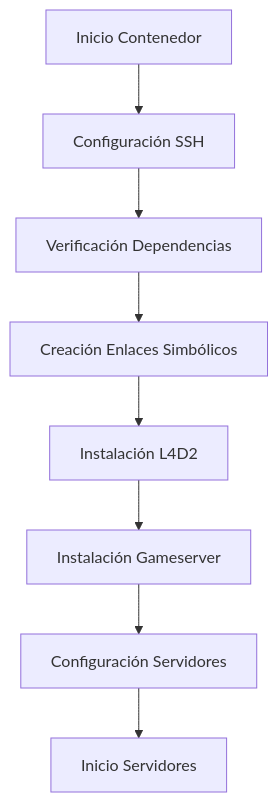
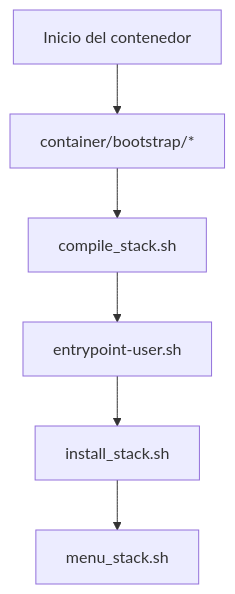
Before and after one commit to AoC-Gamers/Docker-L4D2-Competitive: the diagram in docs/README.md, drawn with Mermaid. The commit also changed other lines of this file and 46 other files, not shown here.

````diff
--- a/docs/README.md
+++ b/docs/README.md
@@ -49,10 +55,8 @@
 ```mermaid
 graph TD
-    A[Inicio Contenedor] --> B[Configuración SSH]
-    B --> C[Verificación Dependencias]
-    C --> D[Creación Enlaces Simbólicos]
-    D --> E[Instalación L4D2]
-    E --> F[Instalación Gameserver]
-    F --> G[Configuración Servidores]
-    G --> H[Inicio Servidores]
+    A[Inicio del contenedor] --> B[container/bootstrap/*]
+    B --> C[compile_stack.sh]
+    C --> D[entrypoint-user.sh]
+    D --> E[install_stack.sh]
+    E --> F[menu_stack.sh]
 ```
````
